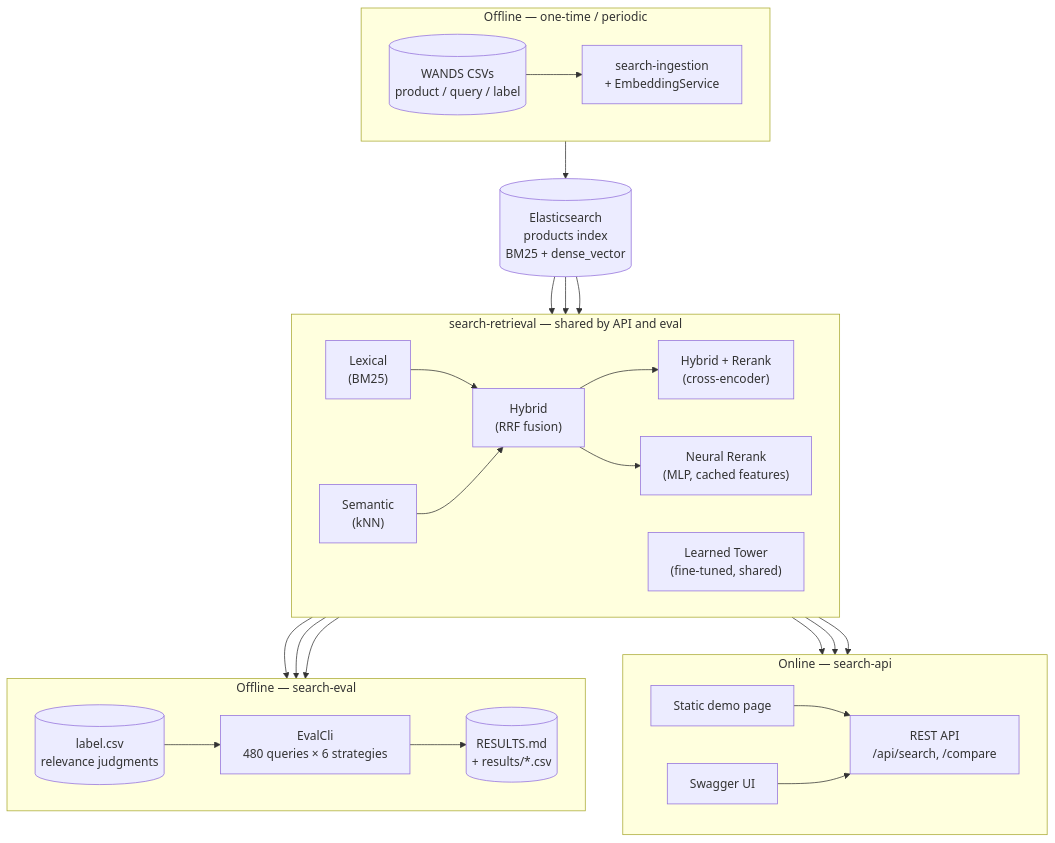
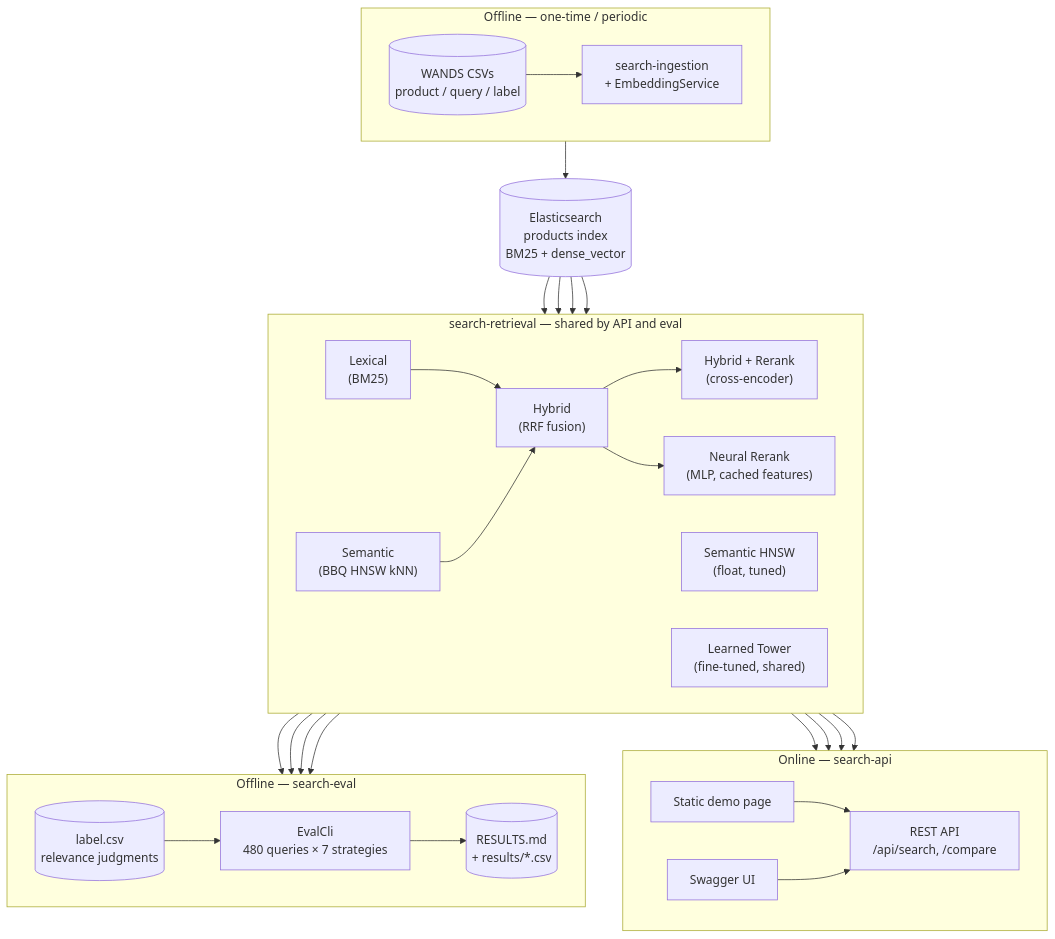
The third of 7 diagrams in ARCHITECTURE.md (techbyavanti/search), drawn with Mermaid before and after one commit. The commit also changed other lines of this file and 68 other files, not shown here.

First line of the commit message:
Add LambdaRank neural reranker, tuned HNSW strategy, query embedding cache

````diff
--- a/ARCHITECTURE.md
+++ b/ARCHITECTURE.md
@@ -28,43 +111,47 @@
 ```mermaid
 flowchart TB
     subgraph offline["Offline — one-time / periodic"]
         direction LR
         wands[("WANDS CSVs<br/>product / query / label")] --> ingest["search-ingestion<br/>+ EmbeddingService"]
     end
 
     ingest --> es[("Elasticsearch<br/>products index<br/>BM25 + dense_vector")]
 
     subgraph strategies["search-retrieval — shared by API and eval"]
         direction LR
         lex["Lexical<br/>(BM25)"] --> hyb["Hybrid<br/>(RRF fusion)"]
-        sem["Semantic<br/>(kNN)"] --> hyb
+        sem["Semantic<br/>(BBQ HNSW kNN)"] --> hyb
+        semh["Semantic HNSW<br/>(float, tuned)"]
         hyb --> rerank["Hybrid + Rerank<br/>(cross-encoder)"]
         hyb --> neural["Neural Rerank<br/>(MLP, cached features)"]
         tower["Learned Tower<br/>(fine-tuned, shared)"]
     end
 
     es --> lex
     es --> sem
+    es --> semh
     es --> tower
 
     subgraph online["Online — search-api"]
         direction LR
         rest["REST API<br/>/api/search, /compare"]
         demo["Static demo page"] --> rest
         swagger["Swagger UI"] --> rest
     end
 
     rerank --> rest
     neural --> rest
+    semh --> rest
     tower --> rest
 
     subgraph offlineeval["Offline — search-eval"]
         direction LR
-        labels[("label.csv<br/>relevance judgments")] --> evalcli["EvalCli<br/>480 queries × 6 strategies"]
+        labels[("label.csv<br/>relevance judgments")] --> evalcli["EvalCli<br/>480 queries × 7 strategies"]
         evalcli --> results[("RESULTS.md<br/>+ results/*.csv")]
     end
 
     rerank --> evalcli
     neural --> evalcli
+    semh --> evalcli
     tower --> evalcli
 ```
````
